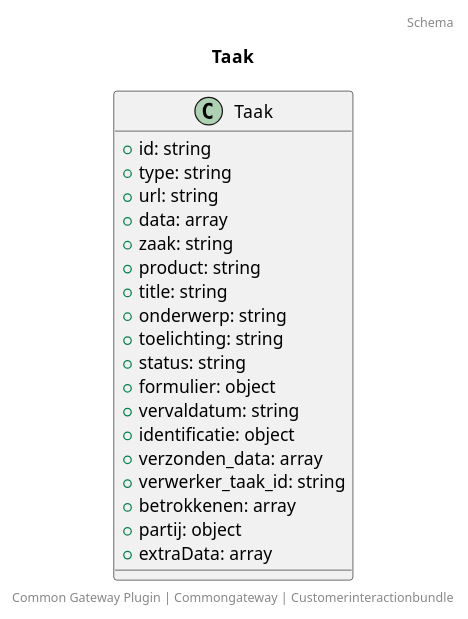
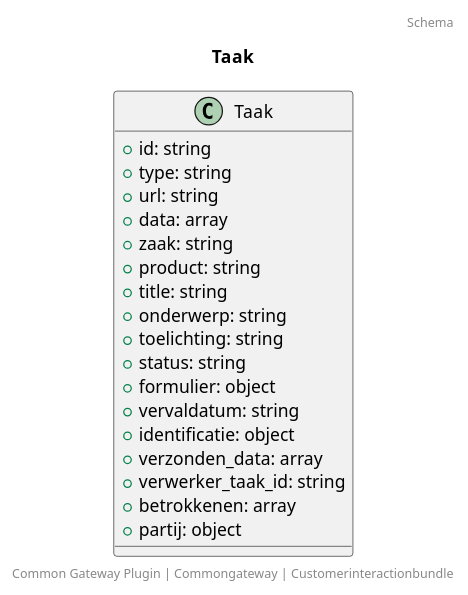
Before and after one commit to CommonGateway/CustomerInteractionBundle: the diagram in docs/schema/klant.taak.puml, drawn with PlantUML. The commit also changed 2 other files, not shown here.

```diff
--- a/docs/schema/klant.taak.puml
+++ b/docs/schema/klant.taak.puml
@@ -1,26 +1,25 @@
 @startuml
 title: Taak
 footer: Common Gateway Plugin | Commongateway | Customerinteractionbundle 
 header: Schema
 
 class Taak {
   + id: string
   + type: string
   + url: string
   + data: array
   + zaak: string
   + product: string
   + title: string
   + onderwerp: string
   + toelichting: string
   + status: string
   + formulier: object
   + vervaldatum: string
   + identificatie: object
   + verzonden_data: array
   + verwerker_taak_id: string
   + betrokkenen: array
   + partij: object
-  + extraData: array
 }
 @enduml
```
